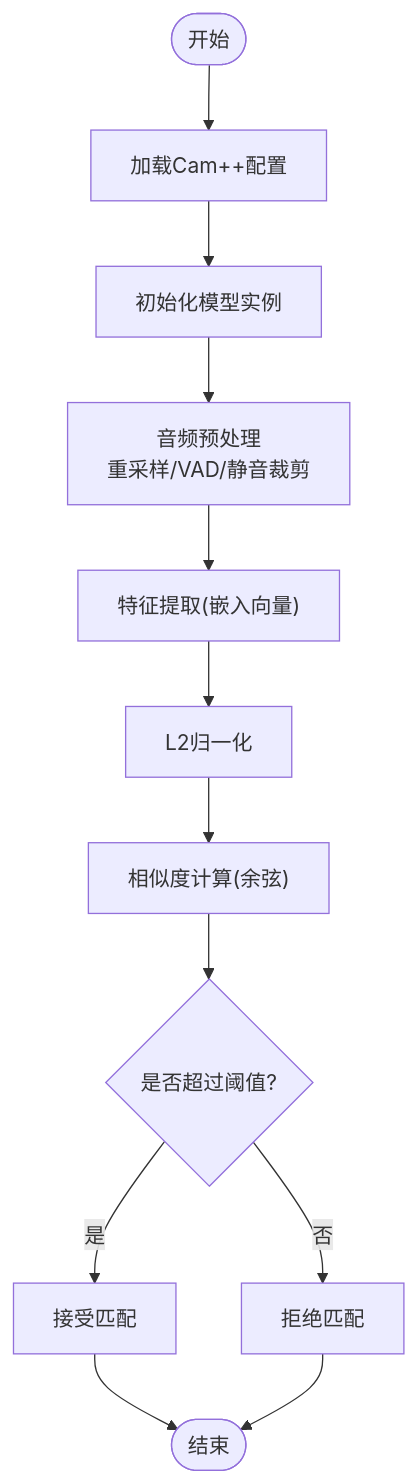
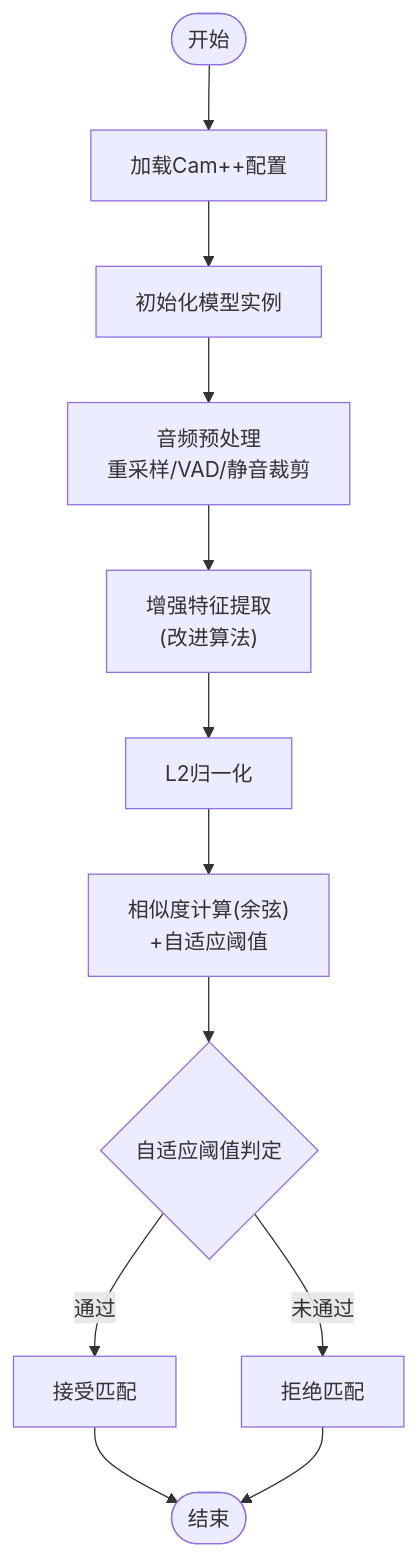
One commit to zmdhdu/NexusCockpit changed the third of 7 diagrams in .qoder/repowiki/zh/content/语音交互系统/声纹识别与用户验证.md. Above: the diagram before and after it, drawn with Mermaid. The commit also changed other lines of this file and 43 other files, not shown here.

````diff
--- a/.qoder/repowiki/zh/content/语音交互系统/声纹识别与用户验证.md
+++ b/.qoder/repowiki/zh/content/语音交互系统/声纹识别与用户验证.md
@@ -156,14 +170,14 @@
 ```mermaid
 flowchart TD
 Start(["开始"]) --> LoadCfg["加载Cam++配置"]
 LoadCfg --> InitModel["初始化模型实例"]
 InitModel --> Preprocess["音频预处理<br/>重采样/VAD/静音裁剪"]
-Preprocess --> Extract["特征提取(嵌入向量)"]
-Extract --> Normalize["L2归一化"]
-Normalize --> Similarity["相似度计算(余弦)"]
-Similarity --> Threshold{"是否超过阈值?"}
-Threshold --> |是| Accept["接受匹配"]
-Threshold --> |否| Reject["拒绝匹配"]
+Preprocess --> EnhancedExtract["增强特征提取<br/>(改进算法)"]
+EnhancedExtract --> Normalize["L2归一化"]
+Normalize --> Similarity["相似度计算(余弦)<br/>+自适应阈值"]
+Similarity --> AdaptiveThreshold{"自适应阈值判定"}
+AdaptiveThreshold --> |通过| Accept["接受匹配"]
+AdaptiveThreshold --> |未通过| Reject["拒绝匹配"]
 Accept --> End(["结束"])
 Reject --> End
 ```
````
